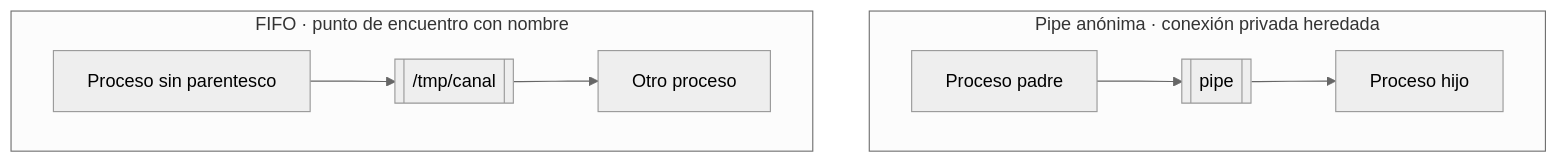
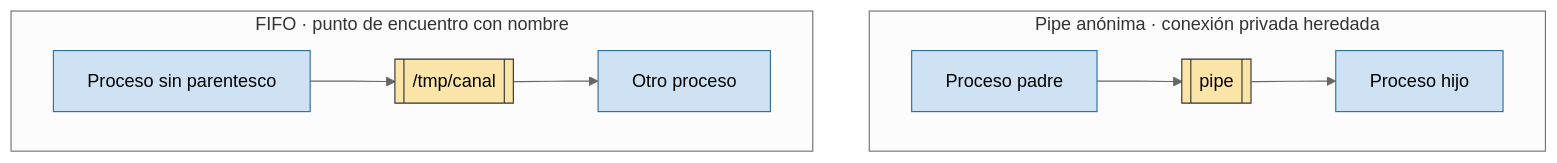
One commit to asiermarzo/ssoo changed the third of 3 diagrams in TEORIA/07-ipc-pipes-y-fifos/README.md. Above: the diagram before and after it, drawn with Mermaid (neutral theme). The commit also changed other lines of this file and 25 other files, not shown here.

Commit message:
refinado de diagramas mermaid y svg

````diff
--- a/TEORIA/07-ipc-pipes-y-fifos/README.md
+++ b/TEORIA/07-ipc-pipes-y-fifos/README.md
@@ -51,9 +71,14 @@
 ```mermaid
 flowchart TB
     subgraph A["Pipe anónima · conexión privada heredada"]
         PA[Proceso padre] --> P[[pipe]] --> PH[Proceso hijo]
     end
     subgraph F["FIFO · punto de encuentro con nombre"]
         X[Proceso sin parentesco] --> N[["/tmp/canal"]] --> Y[Otro proceso]
     end
+
+    classDef proceso fill:#cfe2f3,stroke:#2b6f99,color:#000;
+    classDef canal fill:#fce5a8,stroke:#333,color:#000;
+    class PA,PH,X,Y proceso;
+    class P,N canal;
 ```
````
